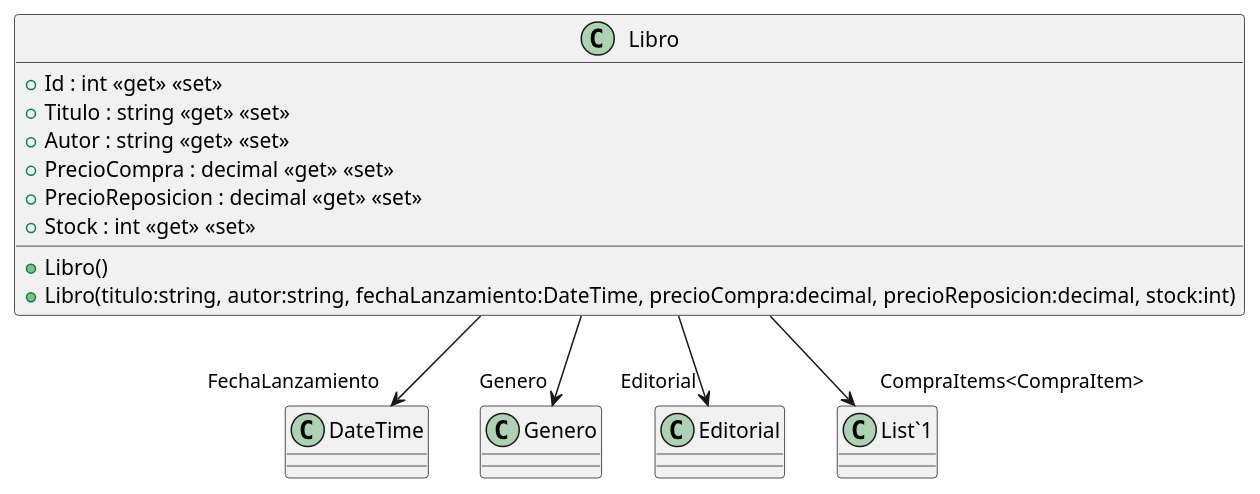
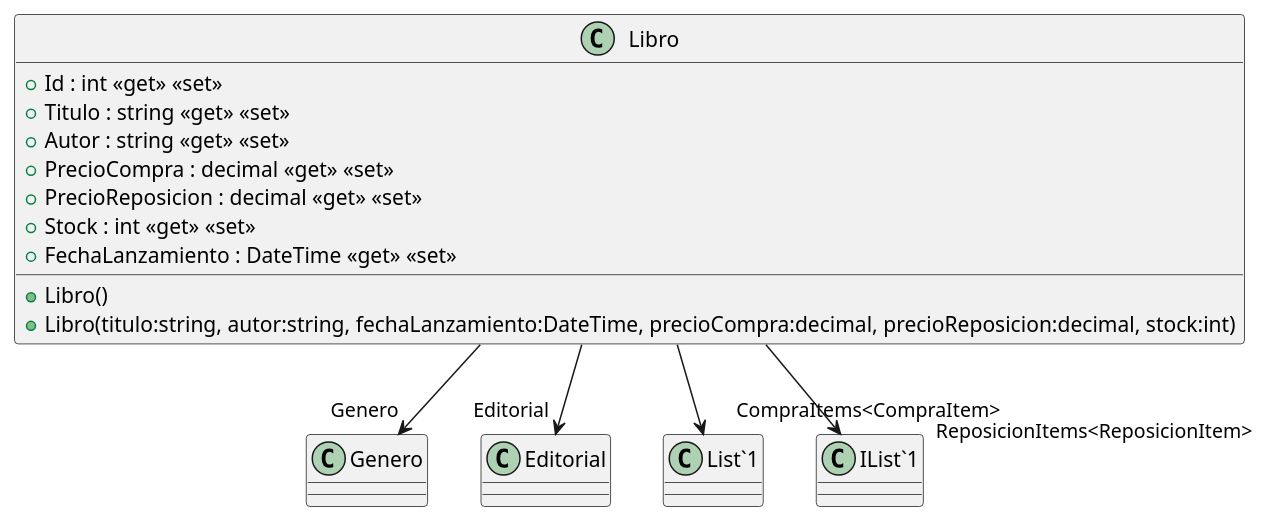
Before and after one commit to ISII2627NeedMoneyForMac/ISII2627NeedMoneyForMac: the diagram in src/AppForSEII.API/ClassDiagram/Libro.puml, drawn with PlantUML. The commit also changed 17 other files, not shown here.

```diff
--- a/src/AppForSEII.API/ClassDiagram/Libro.puml
+++ b/src/AppForSEII.API/ClassDiagram/Libro.puml
@@ -1,16 +1,17 @@
 @startuml
 class Libro {
     + Libro()
     + Libro(titulo:string, autor:string, fechaLanzamiento:DateTime, precioCompra:decimal, precioReposicion:decimal, stock:int)
     + Id : int <<get>> <<set>>
     + Titulo : string <<get>> <<set>>
     + Autor : string <<get>> <<set>>
     + PrecioCompra : decimal <<get>> <<set>>
     + PrecioReposicion : decimal <<get>> <<set>>
     + Stock : int <<get>> <<set>>
+    + FechaLanzamiento : DateTime <<get>> <<set>>
 }
-Libro --> "FechaLanzamiento" DateTime
 Libro --> "Genero" Genero
 Libro --> "Editorial" Editorial
 Libro --> "CompraItems<CompraItem>" "List`1"
+Libro --> "ReposicionItems<ReposicionItem>" "IList`1"
 @enduml
```
